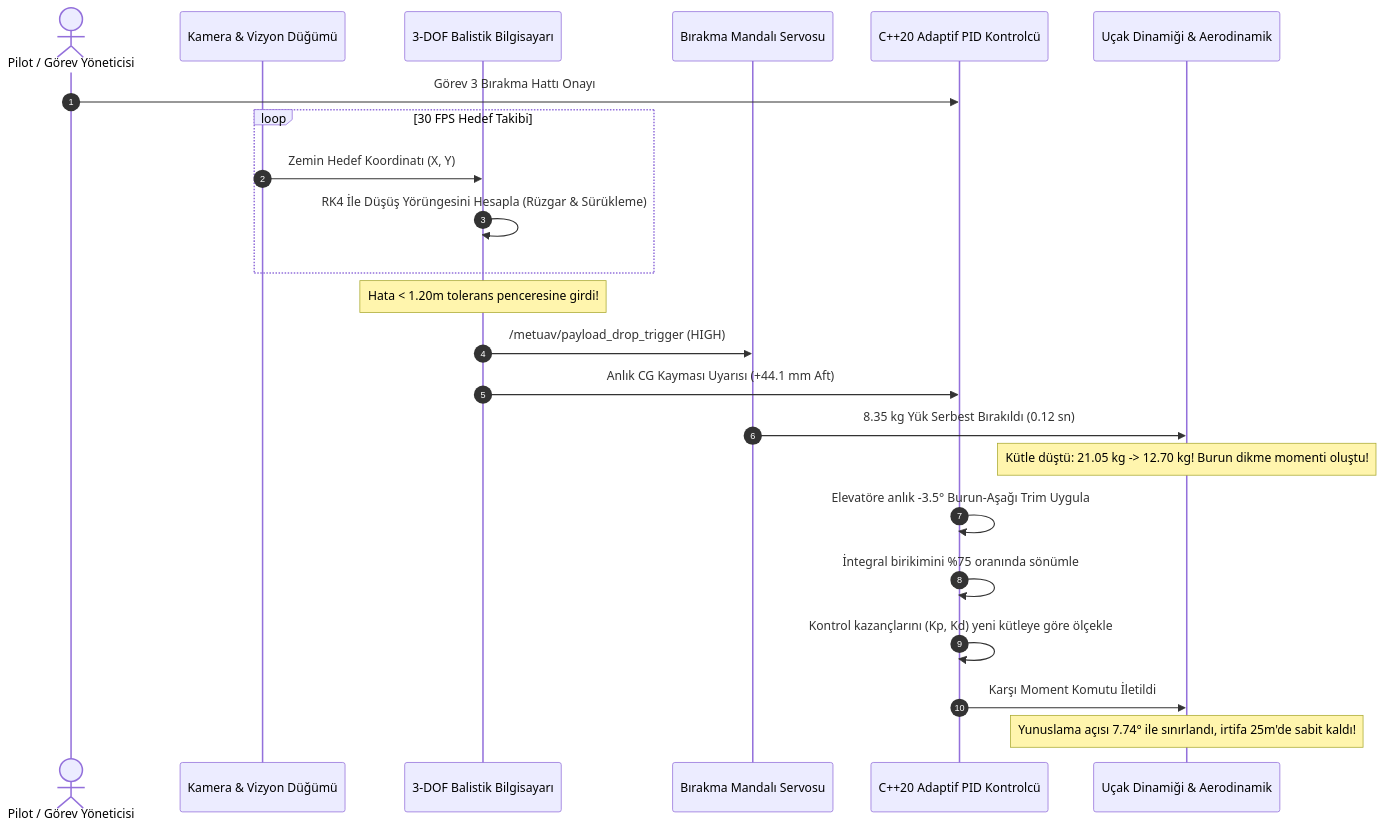
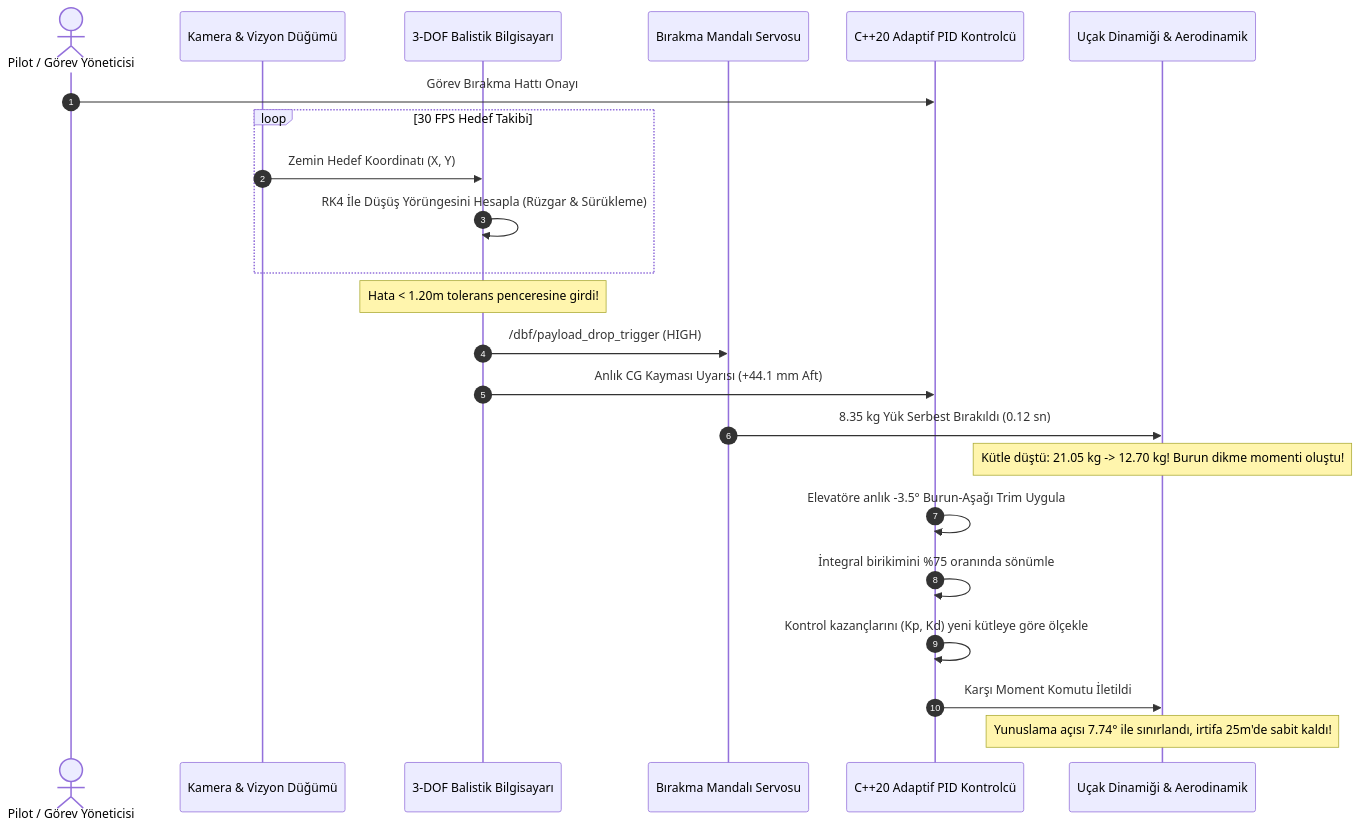
One commit to bahattinyunus/METUAV-DBF-2027 changed the second of 3 diagrams in README.md. Above: the diagram before and after it, drawn with Mermaid. The commit also changed other lines of this file and 113 other files, not shown here.

````diff
--- a/README.md
+++ b/README.md
@@ -134,26 +136,26 @@
 ```mermaid
 sequenceDiagram
     autonumber
     actor Pilot as Pilot / Görev Yöneticisi
     participant Cam as Kamera & Vizyon Düğümü
     participant Ballistics as 3-DOF Balistik Bilgisayarı
     participant Actuator as Bırakma Mandalı Servosu
     participant Controller as C++20 Adaptif PID Kontrolcü
     participant Airframe as Uçak Dinamiği & Aerodinamik
 
-    Pilot->>Controller: Görev 3 Bırakma Hattı Onayı
+    Pilot->>Controller: Görev Bırakma Hattı Onayı
     loop 30 FPS Hedef Takibi
         Cam->>Ballistics: Zemin Hedef Koordinatı (X, Y)
         Ballistics->>Ballistics: RK4 İle Düşüş Yörüngesini Hesapla (Rüzgar & Sürükleme)
     end
     Note over Ballistics: Hata < 1.20m tolerans penceresine girdi!
-    Ballistics->>Actuator: /metuav/payload_drop_trigger (HIGH)
+    Ballistics->>Actuator: /dbf/payload_drop_trigger (HIGH)
     Ballistics->>Controller: Anlık CG Kayması Uyarısı (+44.1 mm Aft)
     Actuator->>Airframe: 8.35 kg Yük Serbest Bırakıldı (0.12 sn)
     Note over Airframe: Kütle düştü: 21.05 kg -> 12.70 kg! Burun dikme momenti oluştu!
     Controller->>Controller: Elevatöre anlık -3.5° Burun-Aşağı Trim Uygula
     Controller->>Controller: İntegral birikimini %75 oranında sönümle
     Controller->>Controller: Kontrol kazançlarını (Kp, Kd) yeni kütleye göre ölçekle
     Controller->>Airframe: Karşı Moment Komutu İletildi
     Note over Airframe: Yunuslama açısı 7.74° ile sınırlandı, irtifa 25m'de sabit kaldı!
 ```
````
